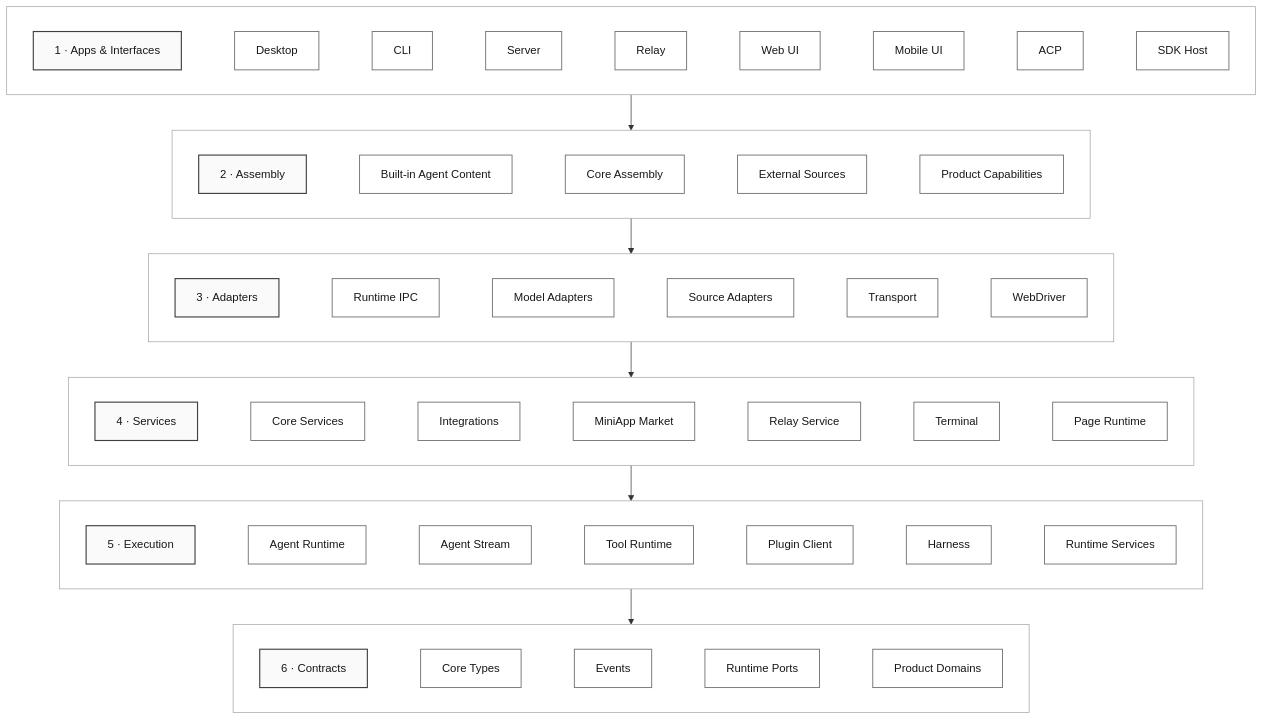
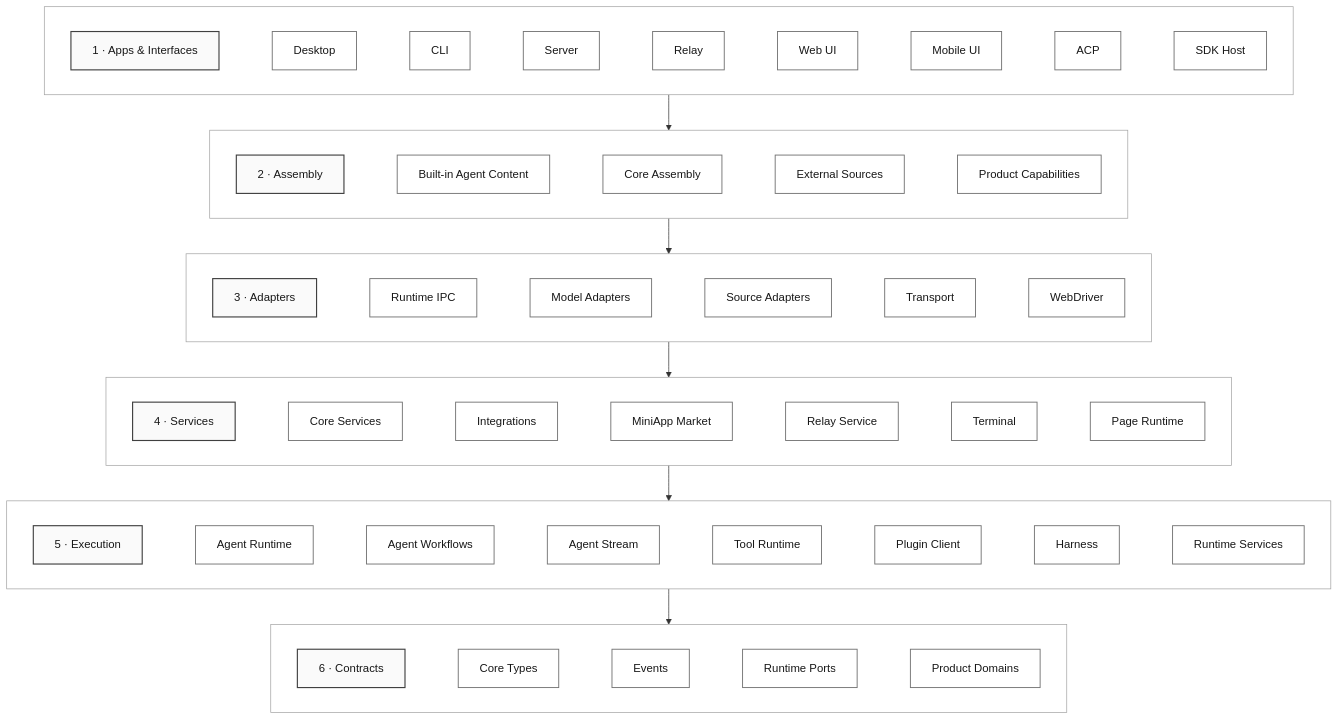
One commit to 1688mengdie/BitFun changed the second of 16 diagrams in docs/architecture/product-architecture.md. Above: the diagram before and after it, drawn with Mermaid. The commit also changed other lines of this file and 50 other files, not shown here.

Commit message:
refactor(runtime): enforce product workflow boundaries

````diff
--- a/docs/architecture/product-architecture.md
+++ b/docs/architecture/product-architecture.md
@@ -202,45 +202,45 @@
 ```mermaid
 flowchart TB
   subgraph AppsLayer[" "]
     direction LR
     AppsTitle["1 · Apps & Interfaces"] ~~~ Desktop["Desktop"] ~~~ CLI["CLI"] ~~~ Server["Server"] ~~~ Relay["Relay"] ~~~ WebUI["Web UI"] ~~~ MobileUI["Mobile UI"] ~~~ ACP["ACP"] ~~~ SDKHost["SDK Host"]
   end
 
   subgraph AssemblyLayer[" "]
     direction LR
     AssemblyTitle["2 · Assembly"] ~~~ AgentContent["Built-in Agent Content"] ~~~ CoreAssembly["Core Assembly"] ~~~ ExternalSources["External Sources"] ~~~ ProductCaps["Product Capabilities"]
   end
 
   subgraph AdaptersLayer[" "]
     direction LR
     AdaptersTitle["3 · Adapters"] ~~~ RuntimeIPC["Runtime IPC"] ~~~ ModelAdapters["Model Adapters"] ~~~ SourceAdapters["Source Adapters"] ~~~ Transport["Transport"] ~~~ WebDriver["WebDriver"]
   end
 
   subgraph ServicesLayer[" "]
     direction LR
     ServicesTitle["4 · Services"] ~~~ CoreServices["Core Services"] ~~~ Integrations["Integrations"] ~~~ MiniAppMarket["MiniApp Market"] ~~~ RelayService["Relay Service"] ~~~ Terminal["Terminal"] ~~~ PageRuntime["Page Runtime"]
   end
 
   subgraph ExecutionLayer[" "]
     direction LR
-    ExecutionTitle["5 · Execution"] ~~~ AgentRuntime["Agent Runtime"] ~~~ AgentStream["Agent Stream"] ~~~ ToolRuntime["Tool Runtime"] ~~~ PluginClient["Plugin Client"] ~~~ Harness["Harness"] ~~~ RuntimeServices["Runtime Services"]
+    ExecutionTitle["5 · Execution"] ~~~ AgentRuntime["Agent Runtime"] ~~~ AgentWorkflows["Agent Workflows"] ~~~ AgentStream["Agent Stream"] ~~~ ToolRuntime["Tool Runtime"] ~~~ PluginClient["Plugin Client"] ~~~ Harness["Harness"] ~~~ RuntimeServices["Runtime Services"]
   end
 
   subgraph ContractsLayer[" "]
     direction LR
     ContractsTitle["6 · Contracts"] ~~~ CoreTypes["Core Types"] ~~~ Events["Events"] ~~~ RuntimePorts["Runtime Ports"] ~~~ ProductDomains["Product Domains"]
   end
 
   AppsTitle --> AssemblyTitle --> AdaptersTitle --> ServicesTitle --> ExecutionTitle --> ContractsTitle
 
   classDef header fill:#fafafa,stroke:#404040,stroke-width:1.6px,color:#171717;
   classDef module fill:#ffffff,stroke:#737373,stroke-width:1.3px,color:#171717;
   class AppsTitle,AssemblyTitle,AdaptersTitle,ServicesTitle,ExecutionTitle,ContractsTitle header;
-  class Desktop,CLI,Server,Relay,WebUI,MobileUI,ACP,SDKHost,AgentContent,CoreAssembly,ExternalSources,ProductCaps,RuntimeIPC,ModelAdapters,SourceAdapters,Transport,WebDriver,CoreServices,Integrations,MiniAppMarket,RelayService,Terminal,PageRuntime,AgentRuntime,AgentStream,ToolRuntime,PluginClient,Harness,RuntimeServices,CoreTypes,Events,RuntimePorts,ProductDomains module;
+  class Desktop,CLI,Server,Relay,WebUI,MobileUI,ACP,SDKHost,AgentContent,CoreAssembly,ExternalSources,ProductCaps,RuntimeIPC,ModelAdapters,SourceAdapters,Transport,WebDriver,CoreServices,Integrations,MiniAppMarket,RelayService,Terminal,PageRuntime,AgentRuntime,AgentWorkflows,AgentStream,ToolRuntime,PluginClient,Harness,RuntimeServices,CoreTypes,Events,RuntimePorts,ProductDomains module;
   style AppsLayer fill:#ffffff,stroke:#a3a3a3;
   style AssemblyLayer fill:#ffffff,stroke:#a3a3a3;
   style AdaptersLayer fill:#ffffff,stroke:#a3a3a3;
   style ServicesLayer fill:#ffffff,stroke:#a3a3a3;
   style ExecutionLayer fill:#ffffff,stroke:#a3a3a3;
   style ContractsLayer fill:#ffffff,stroke:#a3a3a3;
 ```
````
